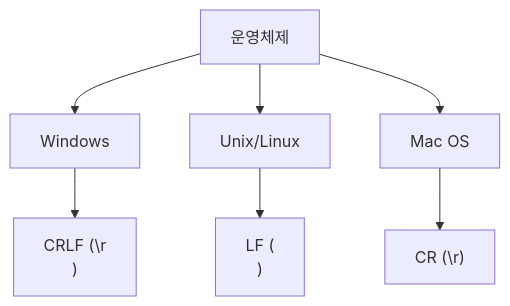
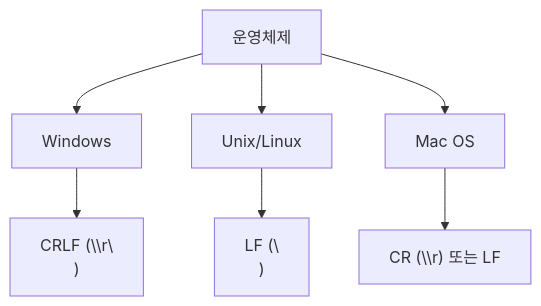
Before and after one commit to 42jerrykim/42jerrykim.github.io: the third of 8 diagrams in content/post/2024/2024-10-15-crlf/index.md, drawn with Mermaid. The commit also changed other lines of this file and 239 other files, not shown here.

````diff
--- a/content/post/2024/2024-10-15-crlf/index.md
+++ b/content/post/2024/2024-10-15-crlf/index.md
@@ -226,9 +183,16 @@
 ```mermaid
-graph TD;
-    A[운영체제] --> B[Windows]
-    A --> C[Unix/Linux]
-    A --> D[Mac OS]
-    B --> E["CRLF (\r\n)"]
-    C --> F["LF (\n)"]
-    D --> G["CR (\r)"]
+graph TD
+    OsRoot["운영체제"]
+    WinNode["Windows"]
+    UnixNode["Unix/Linux"]
+    MacNode["Mac OS"]
+    WinEol["CRLF (\\r\\n)"]
+    UnixEol["LF (\\n)"]
+    MacEol["CR (\\r) 또는 LF"]
+    OsRoot --> WinNode
+    OsRoot --> UnixNode
+    OsRoot --> MacNode
+    WinNode --> WinEol
+    UnixNode --> UnixEol
+    MacNode --> MacEol
 ```
````
